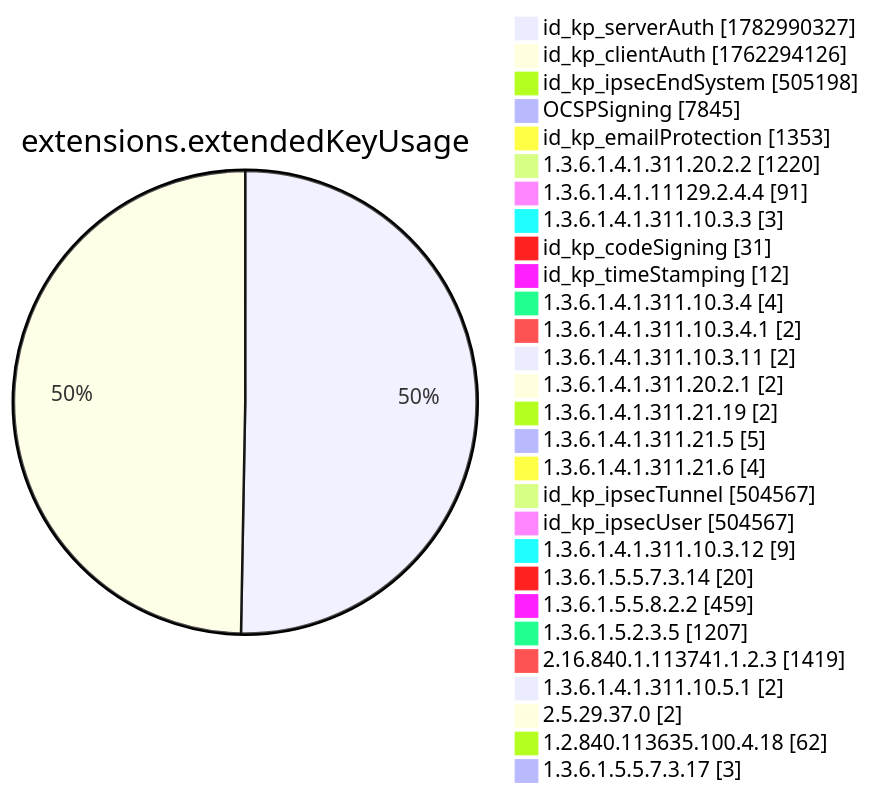
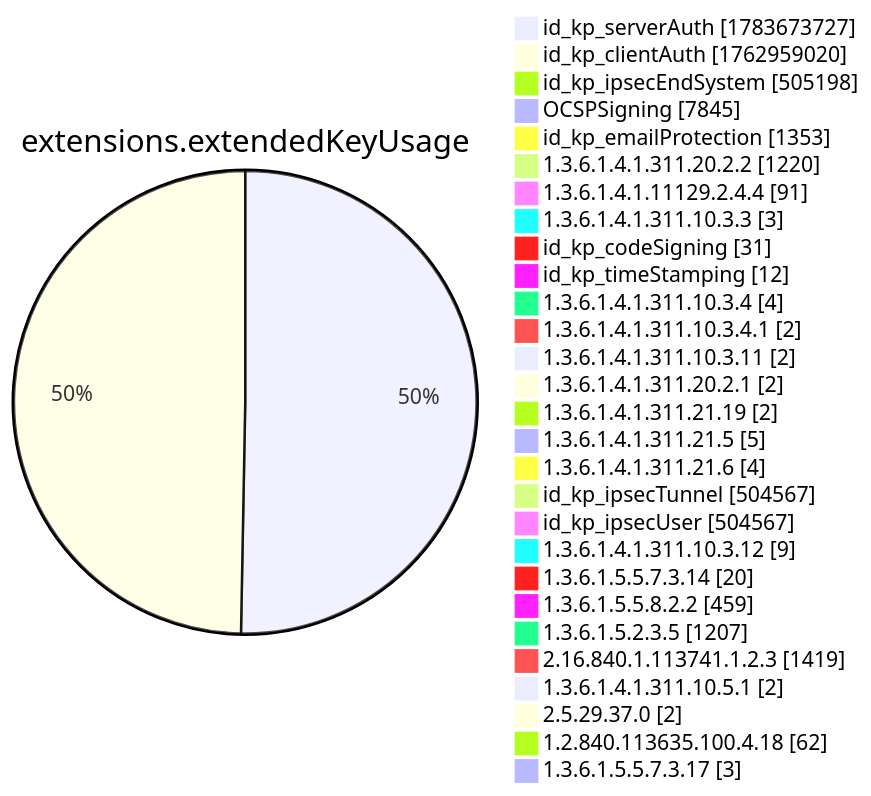
Diagram 12 of 15 in xenon2022/README.md (christiankrug/ctmonitor_visualization), drawn with Mermaid before and after one commit. The commit also changed other lines of this file, not shown here.

````diff
--- a/xenon2022/README.md
+++ b/xenon2022/README.md
@@ -3894,32 +3894,32 @@
 ```mermaid
 pie showData
 title extensions.extendedKeyUsage
-"id_kp_serverAuth" :1782990327
-"id_kp_clientAuth" :1762294126
+"id_kp_serverAuth" :1783673727
+"id_kp_clientAuth" :1762959020
 "id_kp_ipsecEndSystem" :505198
 "OCSPSigning" :7845
 "id_kp_emailProtection" :1353
 "1.3.6.1.4.1.311.20.2.2" :1220
 "1.3.6.1.4.1.11129.2.4.4" :91
 "1.3.6.1.4.1.311.10.3.3" :3
 "id_kp_codeSigning" :31
 "id_kp_timeStamping" :12
 "1.3.6.1.4.1.311.10.3.4" :4
 "1.3.6.1.4.1.311.10.3.4.1" :2
 "1.3.6.1.4.1.311.10.3.11" :2
 "1.3.6.1.4.1.311.20.2.1" :2
 "1.3.6.1.4.1.311.21.19" :2
 "1.3.6.1.4.1.311.21.5" :5
 "1.3.6.1.4.1.311.21.6" :4
 "id_kp_ipsecTunnel" :504567
 "id_kp_ipsecUser" :504567
 "1.3.6.1.4.1.311.10.3.12" :9
 "1.3.6.1.5.5.7.3.14" :20
 "1.3.6.1.5.5.8.2.2" :459
 "1.3.6.1.5.2.3.5" :1207
 "2.16.840.1.113741.1.2.3" :1419
 "1.3.6.1.4.1.311.10.5.1" :2
 "2.5.29.37.0" :2
 "1.2.840.113635.100.4.18" :62
 "1.3.6.1.5.5.7.3.17" :3
 ```
````
